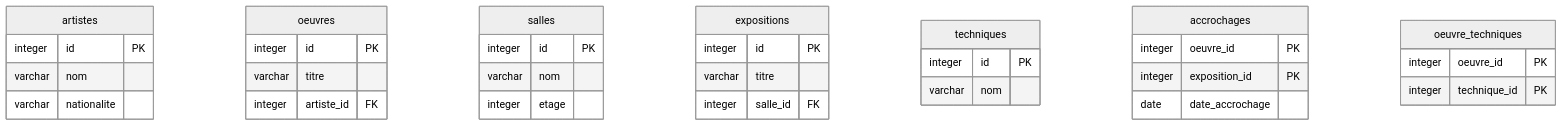
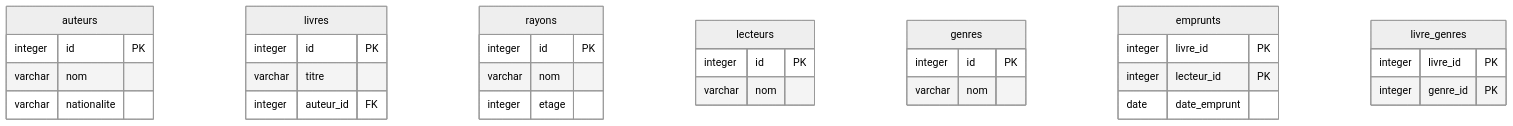
Before and after one commit to romanoe/comem-modeldon: the diagram in cours/04-normalisation.md, drawn with Mermaid (neutral theme). The commit also changed other lines of this file and 38 other files, not shown here.

````diff
--- a/cours/04-normalisation.md
+++ b/cours/04-normalisation.md
@@ -376,36 +437,35 @@
 ```mermaid {scale: 0.55}
 erDiagram
-  artistes {
+  auteurs {
     integer id PK
     varchar nom
     varchar nationalite
   }
-  oeuvres {
+  livres {
     integer id PK
     varchar titre
-    integer artiste_id FK
+    integer auteur_id FK
   }
-  salles {
+  rayons {
     integer id PK
     varchar nom
     integer etage
   }
-  expositions {
-    integer id PK
-    varchar titre
-    integer salle_id FK
-  }
-  techniques {
+  lecteurs {
     integer id PK
     varchar nom
   }
-  accrochages {
-    integer oeuvre_id PK
-    integer exposition_id PK
-    date date_accrochage
+  genres {
+    integer id PK
+    varchar nom
   }
-  oeuvre_techniques {
-    integer oeuvre_id PK
-    integer technique_id PK
+  emprunts {
+    integer livre_id PK
+    integer lecteur_id PK
+    date date_emprunt
+  }
+  livre_genres {
+    integer livre_id PK
+    integer genre_id PK
   }
 ```
````
